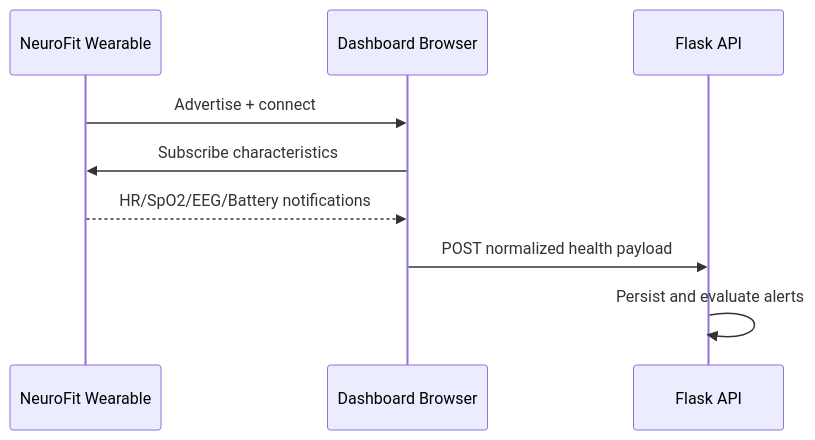
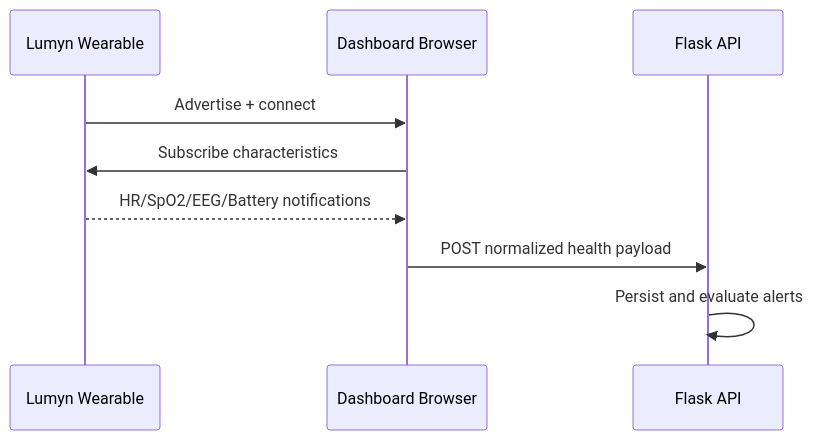
Before and after one commit to anurag-panda-dev/NeuroFit-Vault: the diagram in 03_WiKi/02_Architecture_and_Engineering/11_BLE-Communication.md, drawn with Mermaid. The commit also changed 26 other files, not shown here.

````diff
--- a/03_WiKi/02_Architecture_and_Engineering/11_BLE-Communication.md
+++ b/03_WiKi/02_Architecture_and_Engineering/11_BLE-Communication.md
@@ -38,12 +38,12 @@
 ```mermaid
 sequenceDiagram
-  participant Device as NeuroFit Wearable
+  participant Device as Lumyn Wearable
   participant Browser as Dashboard Browser
   participant API as Flask API
 
   Device->>Browser: Advertise + connect
   Browser->>Device: Subscribe characteristics
   Device-->>Browser: HR/SpO2/EEG/Battery notifications
   Browser->>API: POST normalized health payload
   API->>API: Persist and evaluate alerts
 ```
````
